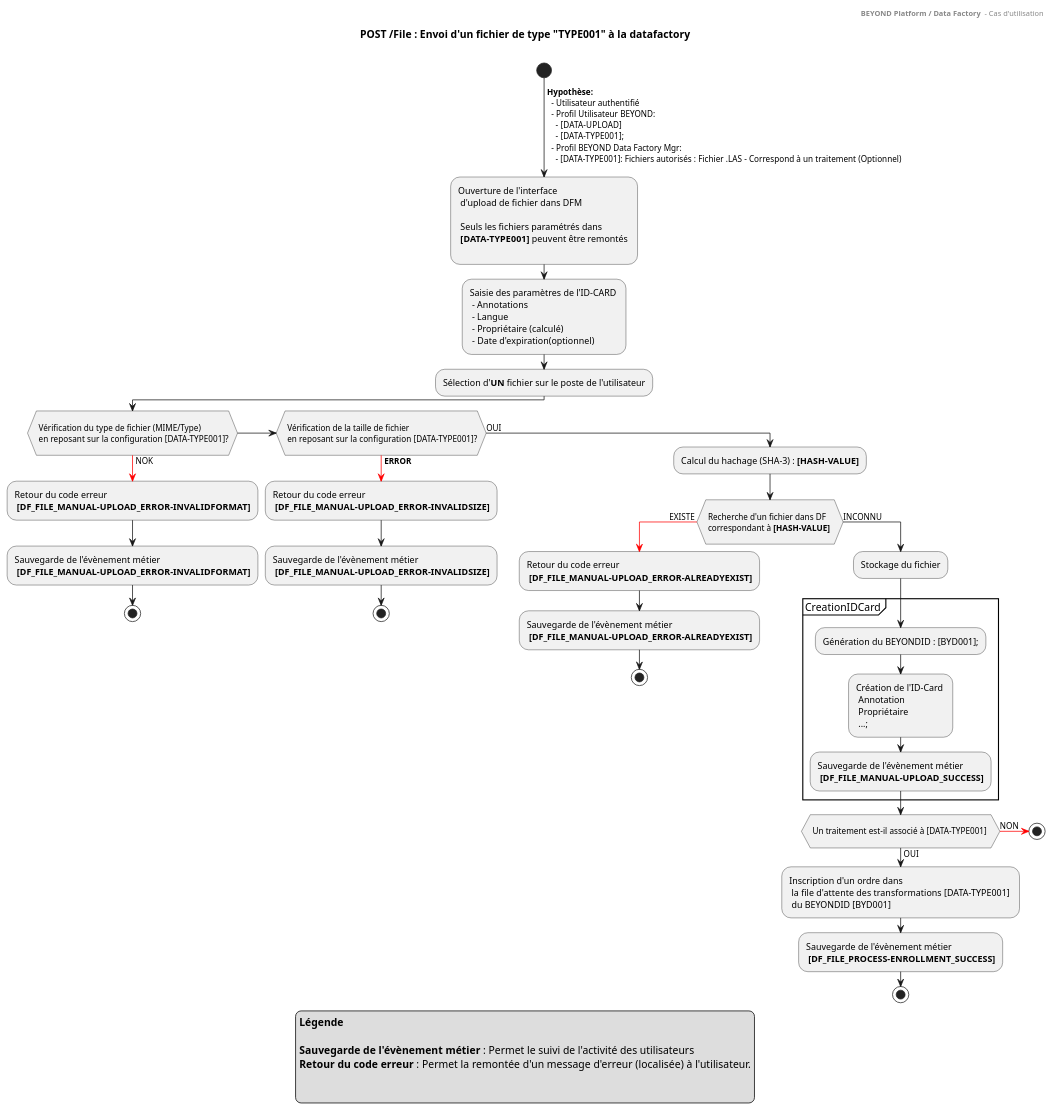
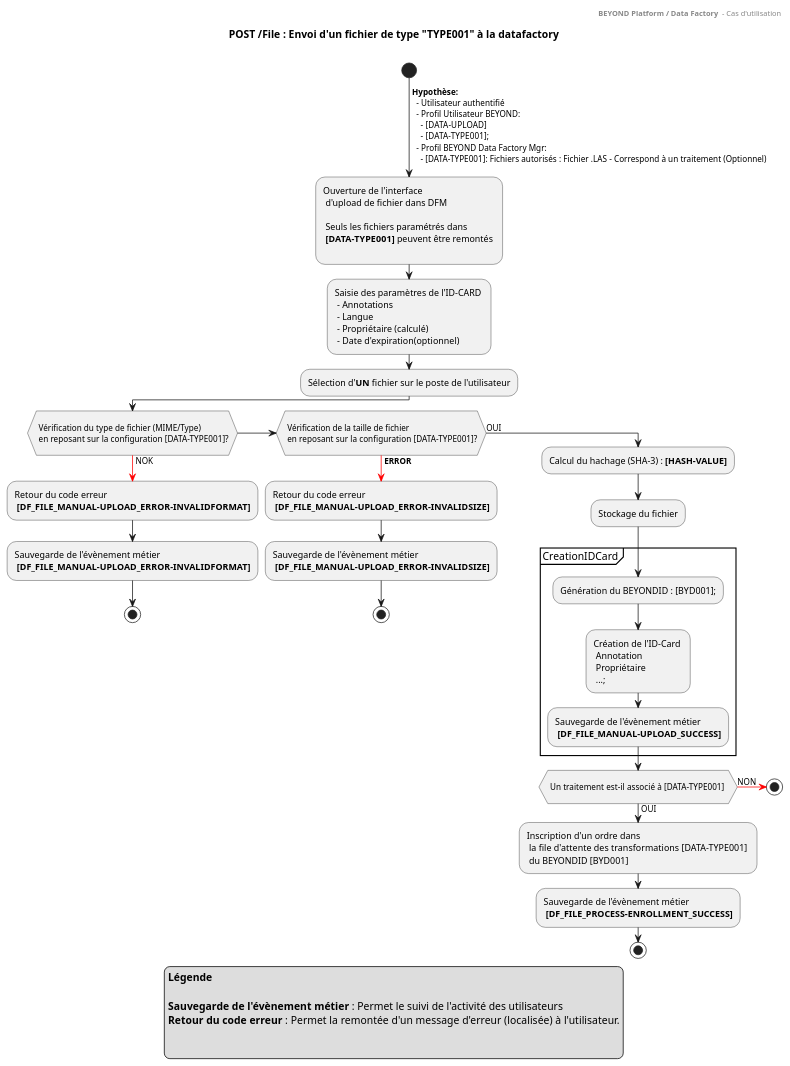
The diagram in 01.byd-DataFactory/1.ArchitectureDossier/images/0250.UCase-UPLOAD-File.puml (cogirep/documentation), drawn with PlantUML before and after one commit.

Commit message:
Suppression de l'obligation d'unicité

```diff
--- a/01.byd-DataFactory/1.ArchitectureDossier/images/0250.UCase-UPLOAD-File.puml
+++ b/01.byd-DataFactory/1.ArchitectureDossier/images/0250.UCase-UPLOAD-File.puml
@@ -1,66 +1,58 @@
 @startuml
 header
     <b>BEYOND Platform / Data Factory </b> - Cas d'utilisation
 end header
 
 title
 POST **/File** : Envoi d'un fichier de type "TYPE001" à la datafactory
 
 end title
 
 start
 ->  **Hypothèse:** \n  - Utilisateur authentifié \n  - Profil Utilisateur BEYOND:  \n    - [DATA-UPLOAD]\n    - [DATA-TYPE001];\n  - Profil BEYOND Data Factory Mgr:  \n    - [DATA-TYPE001]: Fichiers autorisés : Fichier .LAS - Correspond à un traitement (Optionnel);
 -Ouverture de l'interface \n d'upload de fichier dans DFM \n\n Seuls les fichiers paramétrés dans \n **[DATA-TYPE001]** peuvent être remontés \n
 -Saisie des paramètres de l'ID-CARD \n - Annotations \n - Langue \n - Propriétaire (calculé) \n - Date d'expiration(optionnel)
 -Sélection d'**UN** fichier sur le poste de l'utilisateur
 
 if ( \n Vérification du type de fichier (MIME/Type) \n en reposant sur la configuration [DATA-TYPE001]?\n) then
 -[#red]-> NOK ;
 -Retour du code erreur  \n **[DF_FILE_MANUAL-UPLOAD_ERROR-INVALIDFORMAT]**
 -Sauvegarde de l'évènement métier \n **[DF_FILE_MANUAL-UPLOAD_ERROR-INVALIDFORMAT]**
 stop
 elseif (\n Vérification de la taille de fichier\n en reposant sur la configuration [DATA-TYPE001]?\n) then
 -[#red]-> **ERROR**;
 -Retour du code erreur  \n **[DF_FILE_MANUAL-UPLOAD_ERROR-INVALIDSIZE]**
 -Sauvegarde de l'évènement métier \n **[DF_FILE_MANUAL-UPLOAD_ERROR-INVALIDSIZE]**
 stop
 else (OUI)
 -Calcul du hachage (SHA-3) : **[HASH-VALUE]**
-if ( \n Recherche d'un fichier dans DF \n correspondant à **[HASH-VALUE]**  \n) then
--[#red]-> EXISTE ;
--Retour du code erreur  \n **[DF_FILE_MANUAL-UPLOAD_ERROR-ALREADYEXIST]**
--Sauvegarde de l'évènement métier \n **[DF_FILE_MANUAL-UPLOAD_ERROR-ALREADYEXIST]**
-Stop
-else (INCONNU)
-:Stockage du fichier;
+-Stockage du fichier
 partition CreationIDCard {
     -Génération du BEYONDID : [BYD001];
     -Création de l'ID-Card \n Annotation\n Propriétaire \n ...;
     -Sauvegarde de l'évènement métier \n **[DF_FILE_MANUAL-UPLOAD_SUCCESS]**
 
 }
 
 if ( \n Un traitement est-il associé à [DATA-TYPE001]  \n) then
 -[#red]-> NON ;
 Stop
 else (OUI)
 -Inscription d'un ordre dans \n la file d'attente des transformations [DATA-TYPE001] \n du BEYONDID [BYD001]
 -Sauvegarde de l'évènement métier \n **[DF_FILE_PROCESS-ENROLLMENT_SUCCESS]**
 endif
 
-
 stop
 endif
 
-endif
 
 legend 
 **Légende**
 
 **Sauvegarde de l'évènement métier** : Permet le suivi de l'activité des utilisateurs
 **Retour du code erreur** : Permet la remontée d'un message d'erreur (localisée) à l'utilisateur.
 
 
 endlegend
 
 @enduml
```
